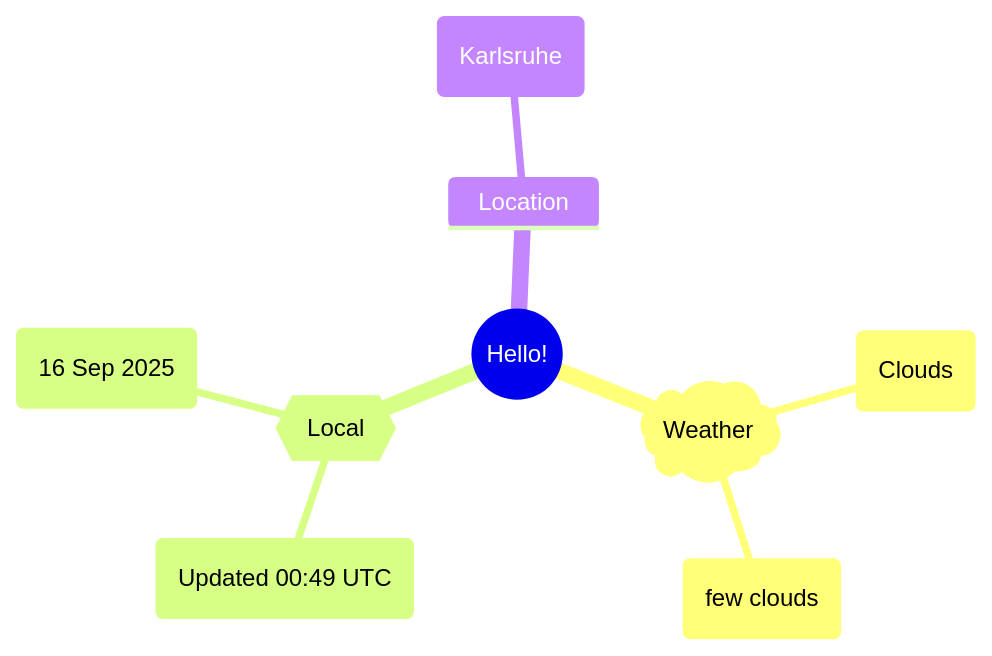
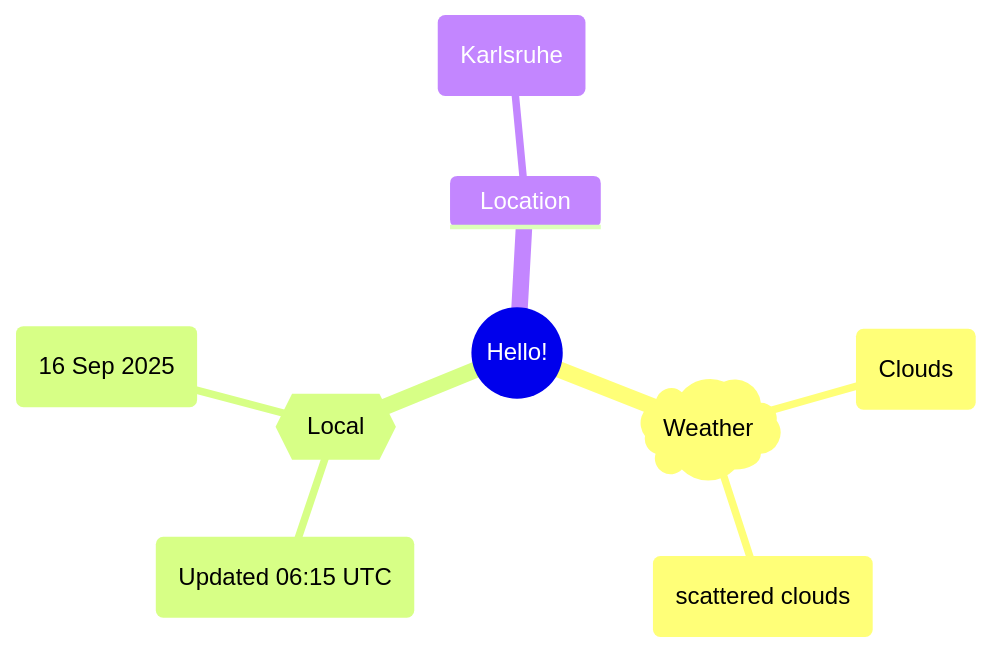
One commit to Xosrov/Xosrov changed the first of 2 diagrams in README.md. Above: the diagram before and after it, drawn with Mermaid.

Commit message:
[bot] updated images

````diff
--- a/README.md
+++ b/README.md
@@ -3,12 +3,12 @@
 ```mermaid
 mindmap
   root((Hello!))
     )Weather(
         (Clouds)
-        (few clouds)
+        (scattered clouds)
     {{Local}}
-        (Updated 00:49 UTC)
+        (Updated 06:15 UTC)
         (16 Sep 2025)
     Location
         (Karlsruhe)
 ```
````
